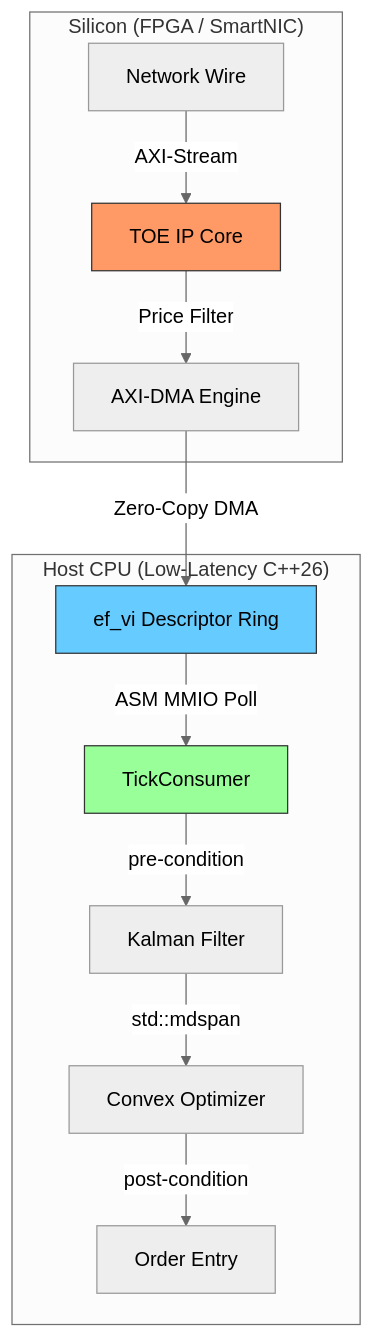
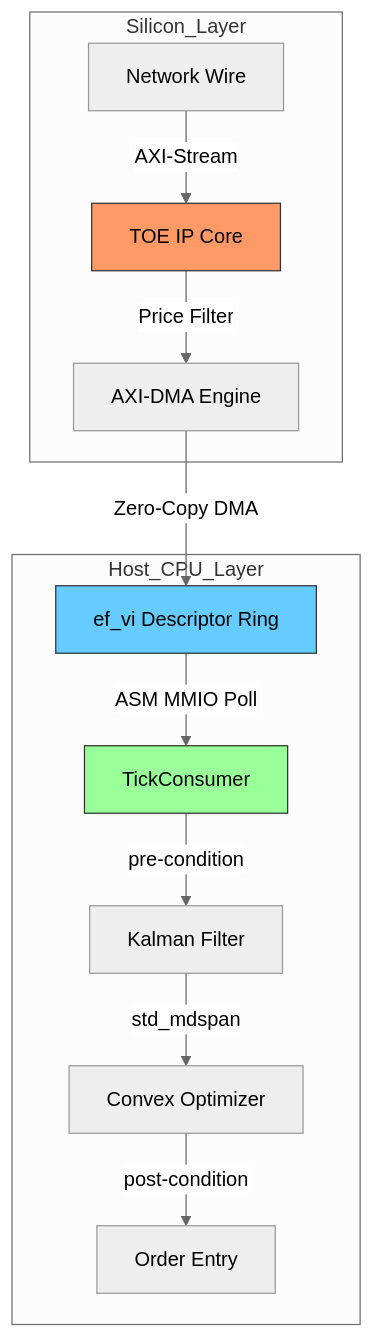
The diagram in README.md (sm2774us/signal_processing_in_finance), drawn with Mermaid (neutral theme) before and after one commit. The commit also changed other lines of this file and 2 other files, not shown here.

Commit message:
Weld it shut: Final fix for book-like manual structure and LaTeX/Mermaid rendering

````diff
--- a/README.md
+++ b/README.md
@@ -105,17 +101,17 @@
 ```mermaid
 graph TD
-    subgraph "Silicon (FPGA / SmartNIC)"
+    subgraph Silicon_Layer
         A[Network Wire] -->|AXI-Stream| B[TOE IP Core]
         B -->|Price Filter| C[AXI-DMA Engine]
     end
-    subgraph "Host CPU (Low-Latency C++26)"
+    subgraph Host_CPU_Layer
         C -->|Zero-Copy DMA| D[ef_vi Descriptor Ring]
         D -->|ASM MMIO Poll| E[TickConsumer]
         E -->|pre-condition| F[Kalman Filter]
-        F -->|std::mdspan| G[Convex Optimizer]
+        F -->|std_mdspan| G[Convex Optimizer]
         G -->|post-condition| H[Order Entry]
     end
     style B fill:#f96,stroke:#333
     style D fill:#6cf,stroke:#333
     style E fill:#9f9,stroke:#333
 ```
````
